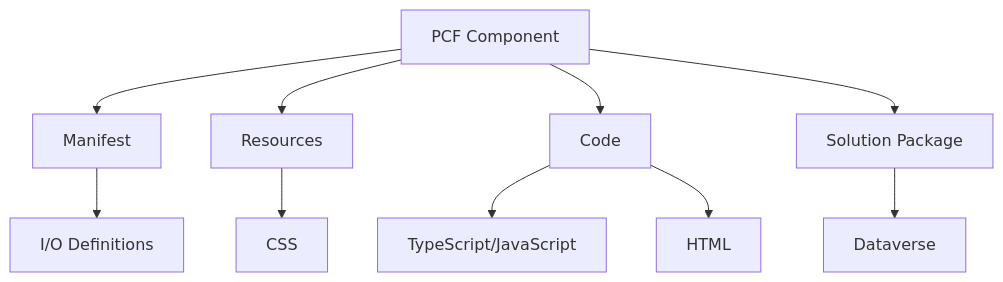
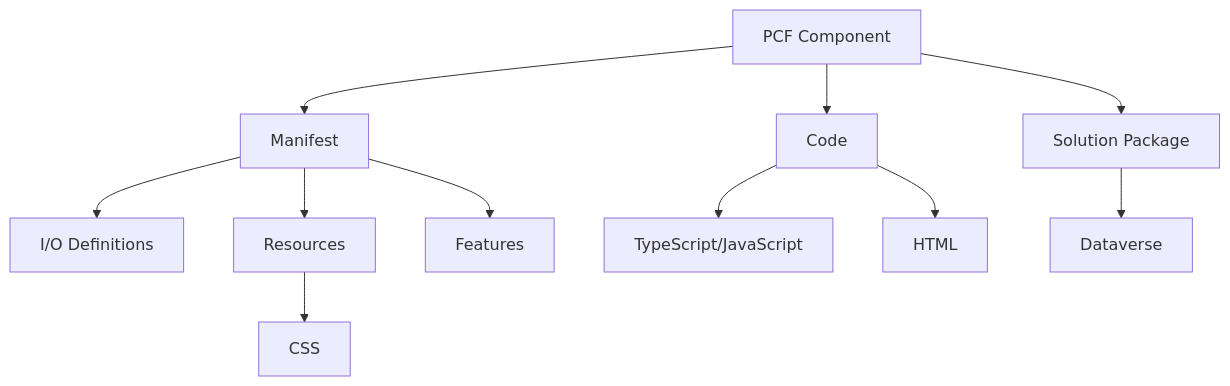
Before and after one commit to cchannon/AdvancedPcfForPowerPages: the diagram in AdvancedPCFsForPowerPages_PresentationOutline.md, drawn with Mermaid. The commit also changed other lines of this file and 1 other file, not shown here.

````diff
--- a/AdvancedPCFsForPowerPages_PresentationOutline.md
+++ b/AdvancedPCFsForPowerPages_PresentationOutline.md
@@ -14,12 +17,13 @@
 ```mermaid
 graph TD
     A[PCF Component] --> B[Manifest]
     B --> B1[I/O Definitions]
-    A --> C[Resources]
+    B --> B2[Resources]
+    B --> B3[Features]
     A --> D[Code]
     D --> D1[TypeScript/JavaScript]
-    C --> C2[CSS]
+    B2 --> B2A[CSS]
     D --> D2[HTML]
     A --> E[Solution Package]
     E --> F[Dataverse]
 ```
````
